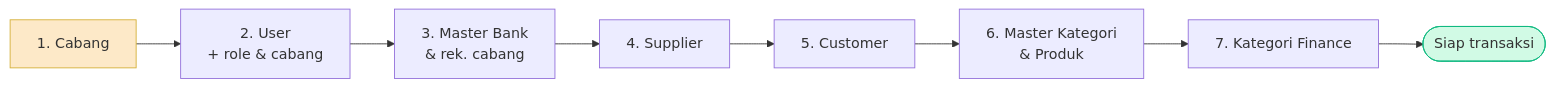
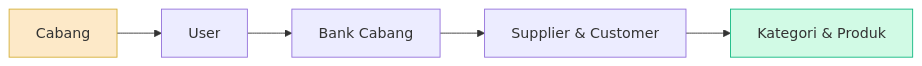
Before and after one commit to Armand96/toko_emas: the seventh of 8 diagrams in MANUAL_BOOK.md, drawn with Mermaid. The commit also changed other lines of this file and 14 other files, not shown here.

````diff
--- a/MANUAL_BOOK.md
+++ b/MANUAL_BOOK.md
@@ -591,12 +548,9 @@
 ```mermaid
 flowchart LR
-    A[1. Cabang] --> B[2. User<br/>+ role & cabang]
-    B --> C[3. Master Bank<br/>& rek. cabang]
-    C --> D[4. Supplier]
-    D --> E[5. Customer]
-    E --> F[6. Master Kategori<br/>& Produk]
-    F --> G[7. Kategori Finance]
-    G --> H([Siap transaksi])
+    A[Cabang] --> B[User]
+    B --> C[Bank Cabang]
+    C --> D[Supplier & Customer]
+    D --> E[Kategori & Produk]
     style A fill:#fde9c8,stroke:#d4af37
-    style H fill:#d1fae5,stroke:#10b981
+    style E fill:#d1fae5,stroke:#10b981
 ```
````
